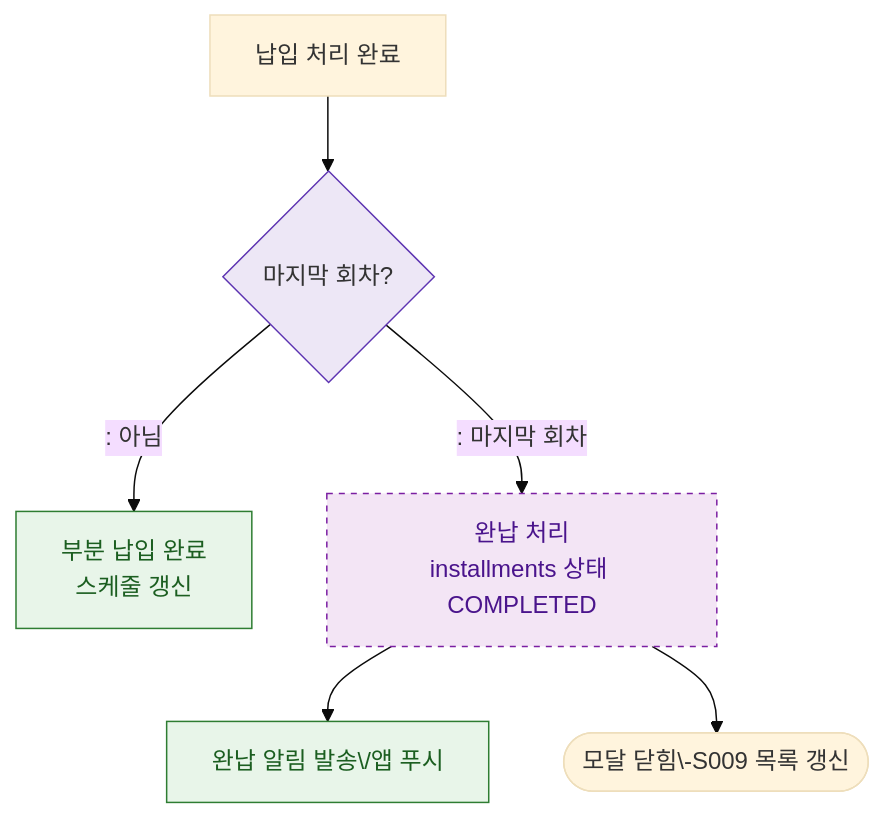
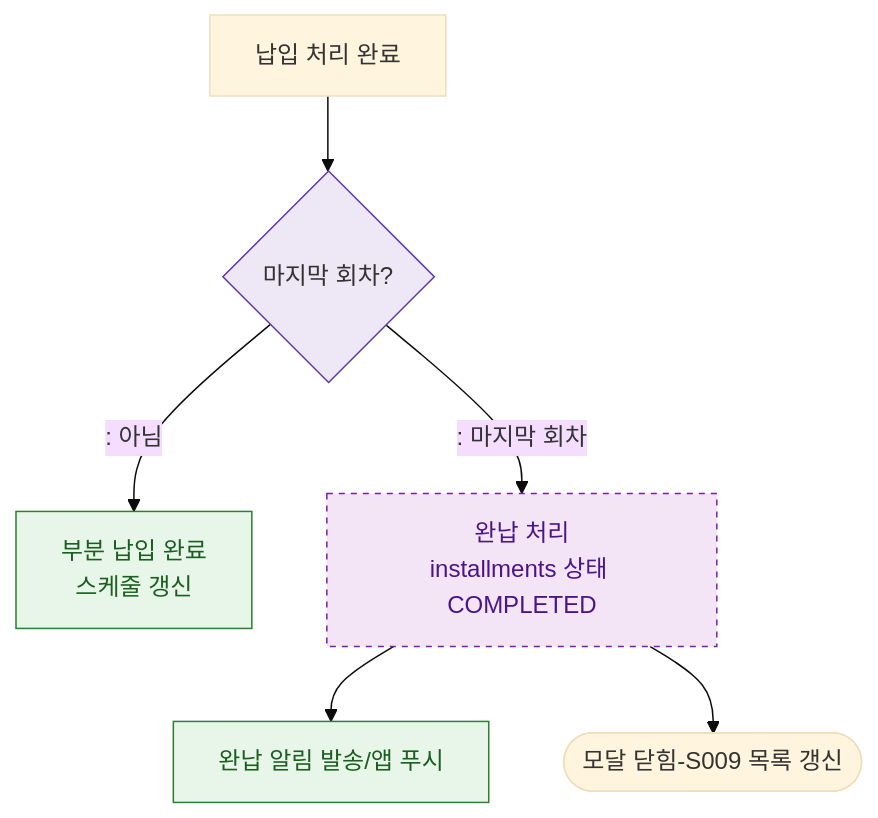
Before and after one commit to dev-spogym/admin-pando: the diagram in docs/admin/다이어그램/D03_매출관리/DLG-S007_할부상세/M3_결과분기.md, drawn with Mermaid (base theme). The commit also changed 369 other files, not shown here.

````diff
--- a/docs/admin/다이어그램/D03_매출관리/DLG-S007_할부상세/M3_결과분기.md
+++ b/docs/admin/다이어그램/D03_매출관리/DLG-S007_할부상세/M3_결과분기.md
@@ -18,18 +18,18 @@
 ```mermaid
 flowchart TD
     PAY_DONE[납입 처리 완료] --> LAST_CHECK{마지막 회차?}
 
     LAST_CHECK -->|": 아님"|PARTIAL_DONE[부분 납입 완료\n스케줄 갱신]
     LAST_CHECK -->|": 마지막 회차"|FULL_DONE[완납 처리\ninstallments 상태 COMPLETED]
 
-    FULL_DONE --> NOTIFY[완납 알림 발송\/앱 푸시]
-    FULL_DONE --> CLOSED([모달 닫힘\-S009 목록 갱신])
+    FULL_DONE --> NOTIFY[완납 알림 발송/앱 푸시]
+    FULL_DONE --> CLOSED([모달 닫힘-S009 목록 갱신])
 
     classDef newFeature fill:#F3E5F5,stroke:#7B1FA2,color:#4A148C,stroke-dasharray:4 4
     classDef system fill:#EDE7F6,stroke:#5E35B2
     classDef success fill:#E8F5E9,stroke:#2E7D32,color:#1B5E20
 
     class FULL_DONE newFeature
     class LAST_CHECK system
     class PARTIAL_DONE,NOTIFY success
 ```
````
